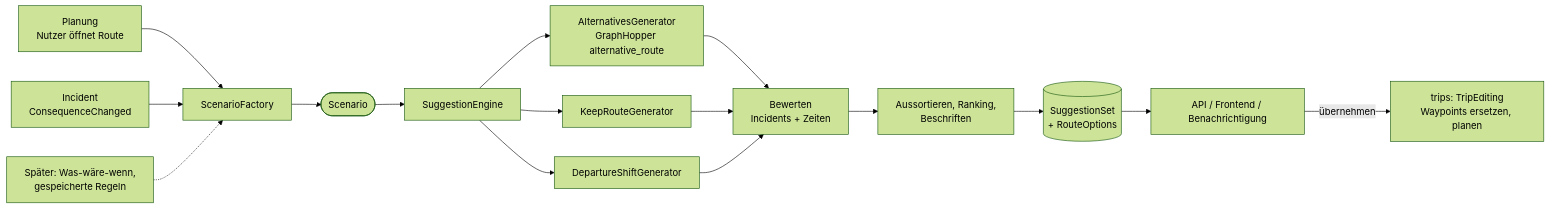
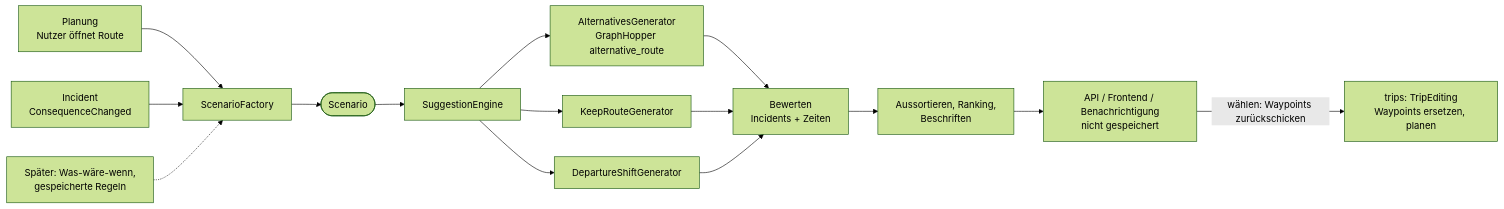
One commit to kehrbros/nofrustrationvacation changed the diagram in Docs/recommendations.md. Above: the diagram before and after it, drawn with Mermaid (forest theme). The commit also changed other lines of this file and 64 other files, not shown here.

````diff
--- a/Docs/recommendations.md
+++ b/Docs/recommendations.md
@@ -10,16 +11,15 @@
 ```mermaid
 flowchart LR
     p[Planung<br>Nutzer öffnet Route] --> sf
     i[Incident<br>ConsequenceChanged] --> sf
     w[Später: Was-wäre-wenn,<br>gespeicherte Regeln] -.-> sf
     sf[ScenarioFactory] --> s([Scenario])
     s --> e[SuggestionEngine]
     e --> g2[AlternativesGenerator<br>GraphHopper alternative_route]
     e --> g3[KeepRouteGenerator]
     e --> g4[DepartureShiftGenerator]
     g2 & g3 & g4 --> ev[Bewerten<br>Incidents + Zeiten]
     ev --> r[Aussortieren, Ranking,<br>Beschriften]
-    r --> set[(SuggestionSet<br>+ RouteOptions)]
-    set --> api[API / Frontend / Benachrichtigung]
-    api -->|übernehmen| trips[trips: TripEditing<br>Waypoints ersetzen, planen]
+    r --> api[API / Frontend / Benachrichtigung<br>nicht gespeichert]
+    api -->|wählen: Waypoints zurückschicken| trips[trips: TripEditing<br>Waypoints ersetzen, planen]
 ```
````
